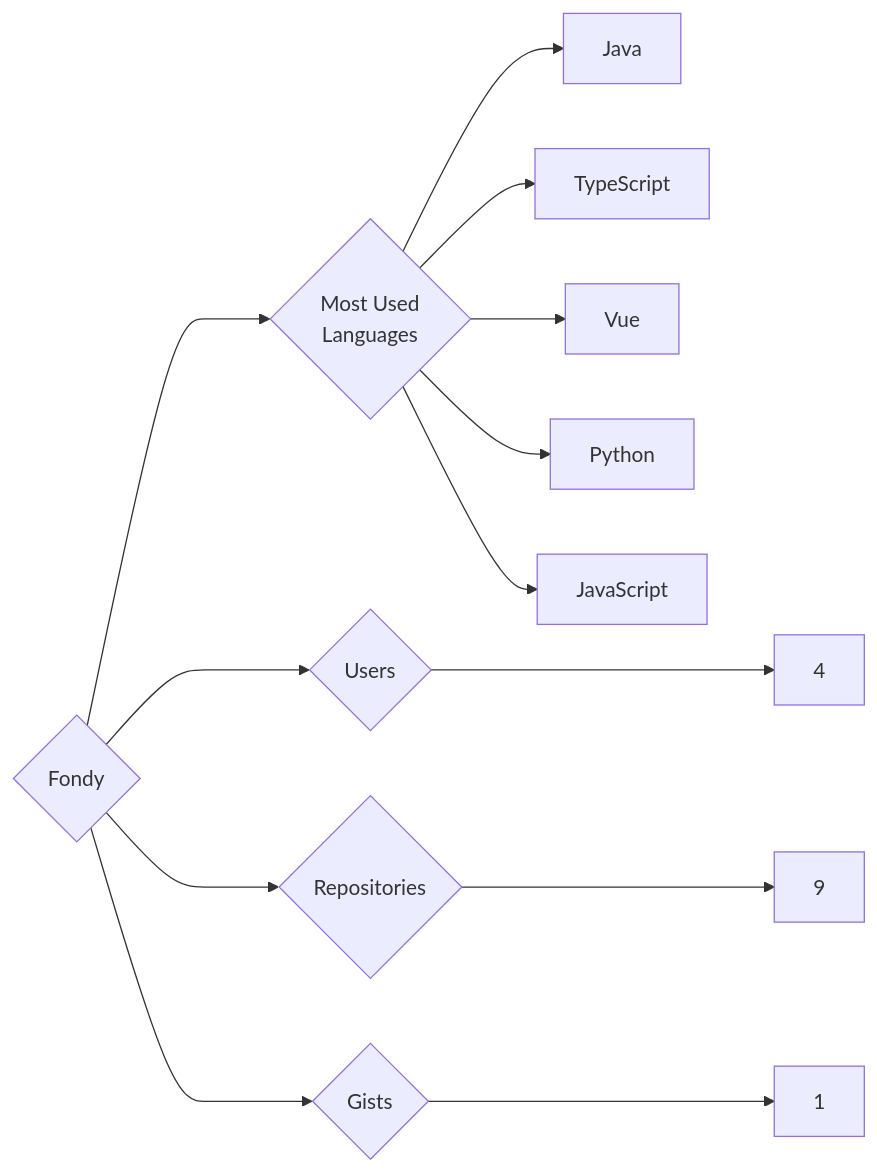
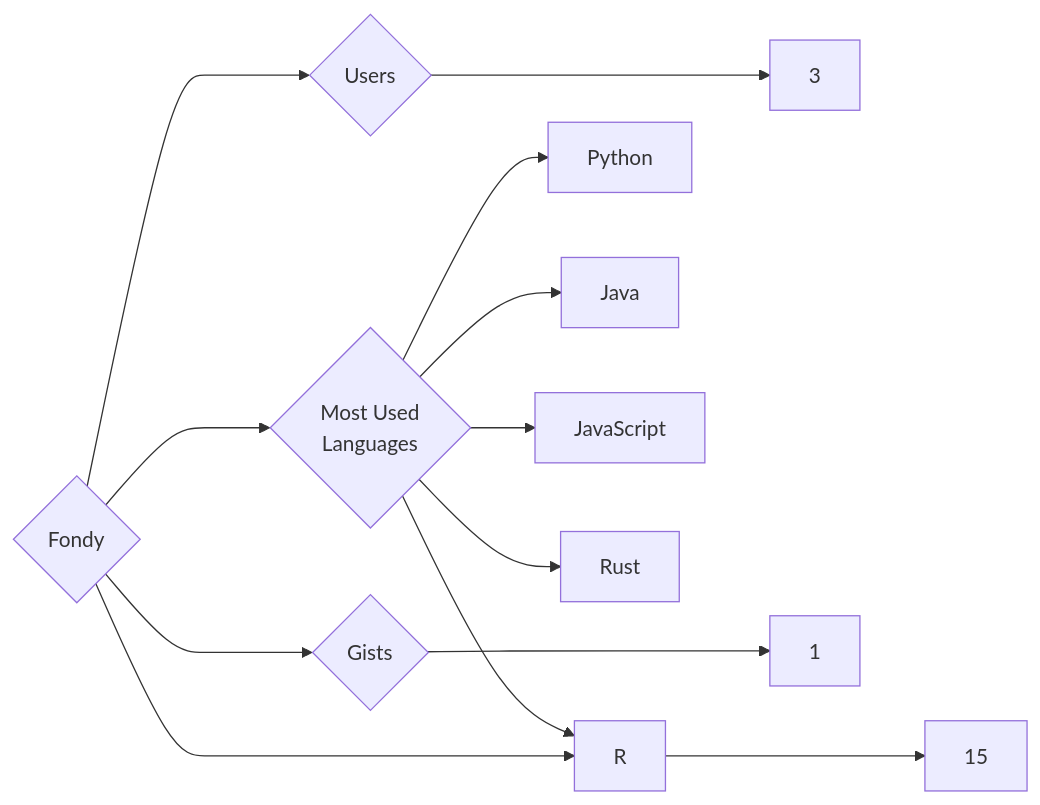
Before and after one commit to trickest/insiders: the diagram in targets/Fondy/README.md, drawn with Mermaid. The commit also changed 786 other files, not shown here.

````diff
--- a/targets/Fondy/README.md
+++ b/targets/Fondy/README.md
@@ -3,13 +3,13 @@
 ```mermaid
 graph LR
 COMPANY_NAME{Fondy}
-COMPANY_NAME ---> U{Users} ---> UN[4]
-COMPANY_NAME ---> R{Repositories} ---> RN[9]
+COMPANY_NAME ---> U{Users} ---> UN[3]
+COMPANY_NAME ---> R{Repositories} ---> RN[15]
 COMPANY_NAME ---> G{Gists} ---> GN[1]
 COMPANY_NAME ---> ML{Most Used<br>Languages}
+ML --> Python[Python]
 ML --> Java[Java]
-ML --> TypeScript[TypeScript]
-ML --> Vue[Vue]
-ML --> Python[Python]
 ML --> JavaScript[JavaScript]
+ML --> Rust[Rust]
+ML --> R[R]
 ```
````
